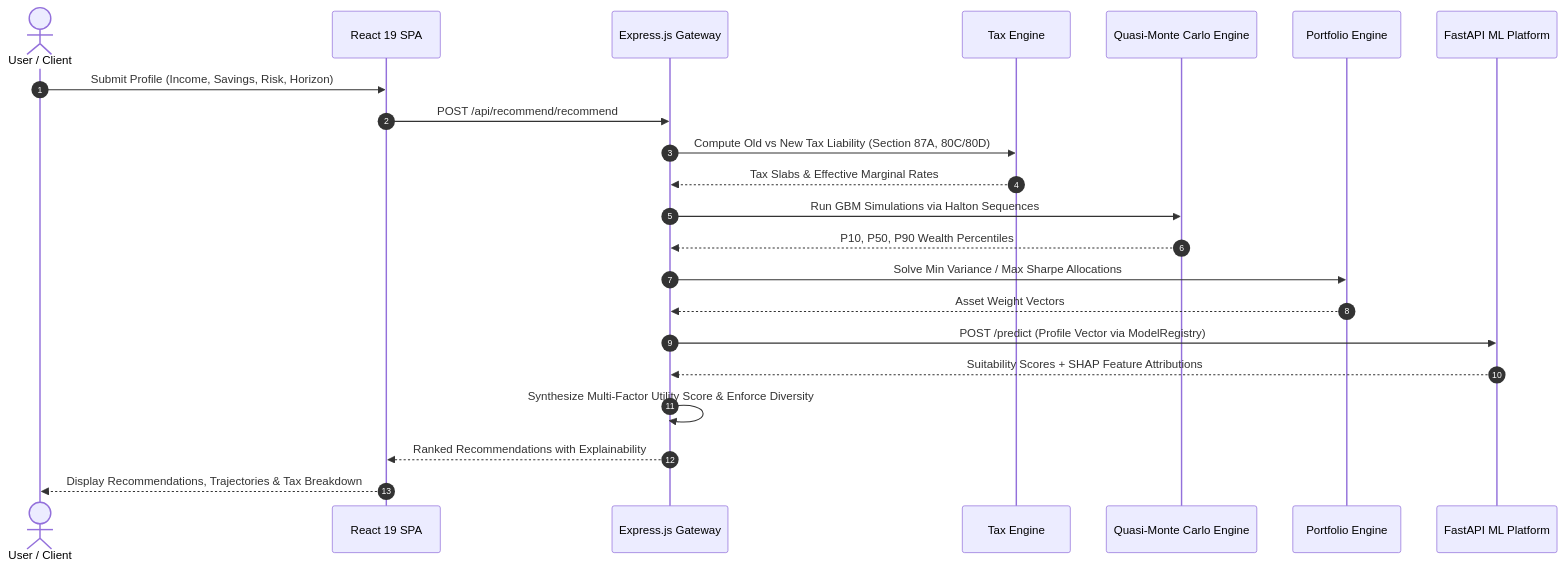
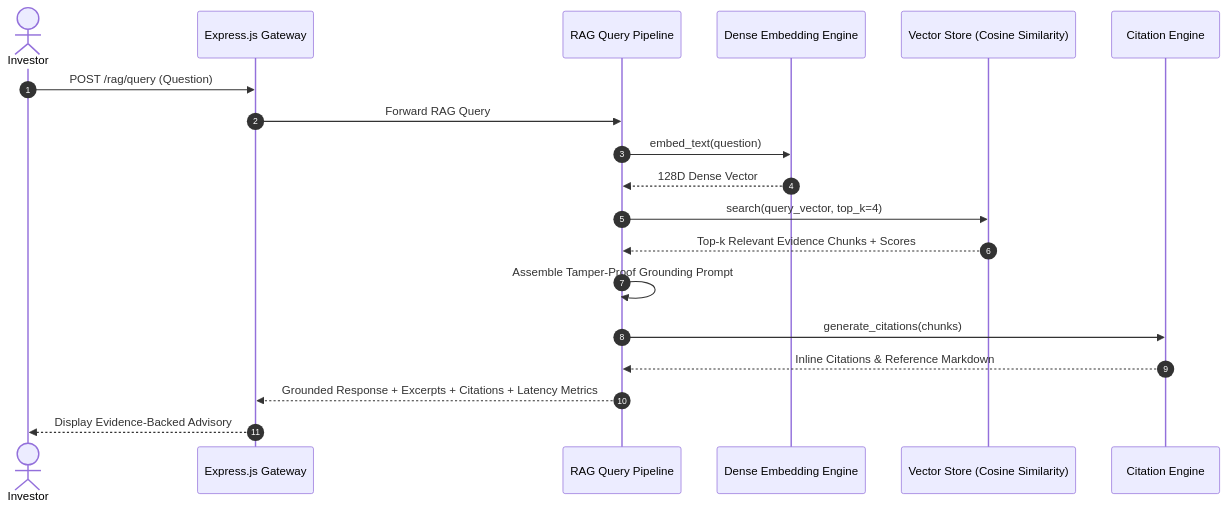
The second of 2 diagrams in README.md (yashaskn8/WealthGenie-AI-Powered-Financial-Advisory-Platform), drawn with Mermaid before and after one commit. The commit also changed other lines of this file and 20 other files, not shown here.

Commit message:
feat(rag-platform): implement production Retrieval-Augmented Generation (RAG) platform with document loaders, vector store, embedding cache, prompt builder, and citation engine

````diff
--- a/README.md
+++ b/README.md
@@ -103,25 +66,22 @@
 ```mermaid
 sequenceDiagram
     autonumber
-    actor Investor as User / Client
-    participant Frontend as React 19 SPA
+    actor User as Investor
     participant Gateway as Express.js Gateway
-    participant Tax as Tax Engine
-    participant QMC as Quasi-Monte Carlo Engine
-    participant MPT as Portfolio Engine
-    participant ML as FastAPI ML Platform
+    participant RAG as RAG Query Pipeline
+    participant Embedder as Dense Embedding Engine
+    participant Store as Vector Store (Cosine Similarity)
+    participant Citations as Citation Engine
 
-    Investor->>Frontend: Submit Profile (Income, Savings, Risk, Horizon)
-    Frontend->>Gateway: POST /api/recommend/recommend
-    Gateway->>Tax: Compute Old vs New Tax Liability (Section 87A, 80C/80D)
-    Tax-->>Gateway: Tax Slabs & Effective Marginal Rates
-    Gateway->>QMC: Run GBM Simulations via Halton Sequences
-    QMC-->>Gateway: P10, P50, P90 Wealth Percentiles
-    Gateway->>MPT: Solve Min Variance / Max Sharpe Allocations
-    MPT-->>Gateway: Asset Weight Vectors
-    Gateway->>ML: POST /predict (Profile Vector via ModelRegistry)
-    ML-->>Gateway: Suitability Scores + SHAP Feature Attributions
-    Gateway->>Gateway: Synthesize Multi-Factor Utility Score & Enforce Diversity
-    Gateway-->>Frontend: Ranked Recommendations with Explainability
-    Frontend-->>Investor: Display Recommendations, Trajectories & Tax Breakdown
+    User->>Gateway: POST /rag/query (Question)
+    Gateway->>RAG: Forward RAG Query
+    RAG->>Embedder: embed_text(question)
+    Embedder-->>RAG: 128D Dense Vector
+    RAG->>Store: search(query_vector, top_k=4)
+    Store-->>RAG: Top-k Relevant Evidence Chunks + Scores
+    RAG->>RAG: Assemble Tamper-Proof Grounding Prompt
+    RAG->>Citations: generate_citations(chunks)
+    Citations-->>RAG: Inline Citations & Reference Markdown
+    RAG-->>Gateway: Grounded Response + Excerpts + Citations + Latency Metrics
+    Gateway-->>User: Display Evidence-Backed Advisory
 ```
````
